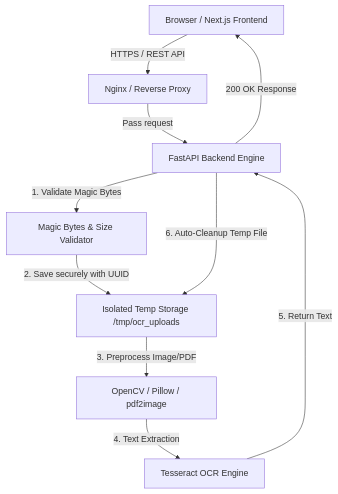
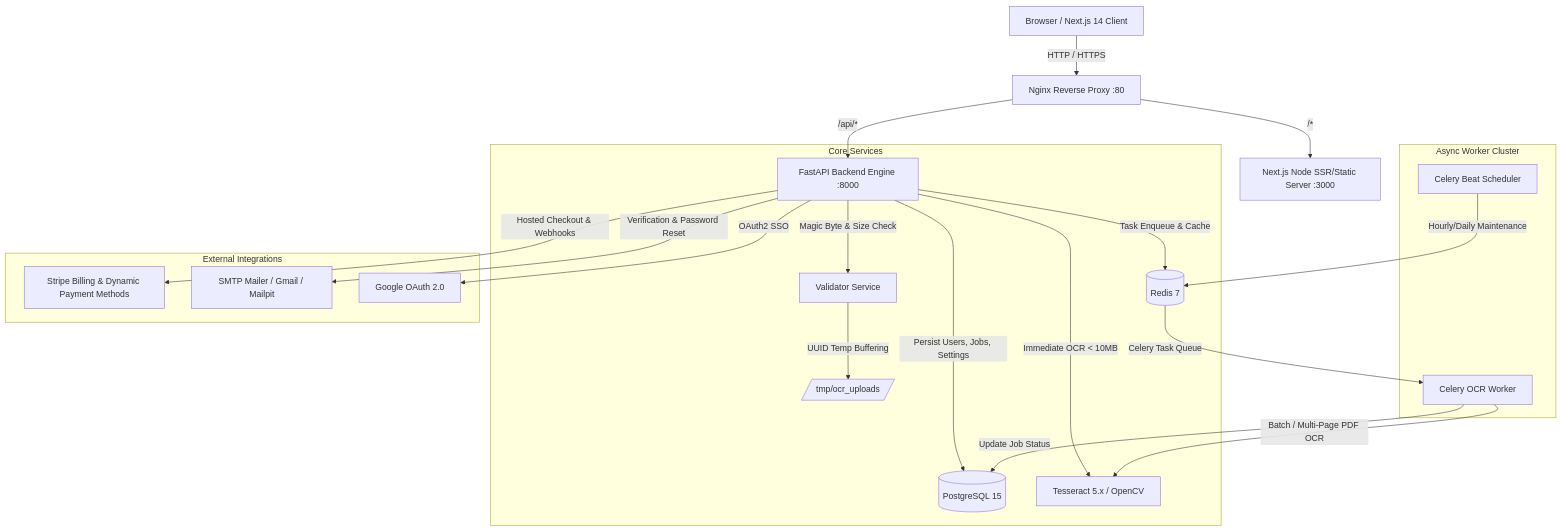
One commit to Munya-sya/ocr-saas changed the diagram in docs/architecture.md. Above: the diagram before and after it, drawn with Mermaid. The commit also changed other lines of this file and 109 other files, not shown here.

````diff
--- a/docs/architecture.md
+++ b/docs/architecture.md
@@ -7,12 +7,27 @@
 ```mermaid
 flowchart TD
-    Client[Browser / Next.js Frontend] -->|HTTPS / REST API| Proxy[Nginx / Reverse Proxy]
-    Proxy -->|Pass request| Backend[FastAPI Backend Engine]
-    Backend -->|1. Validate Magic Bytes| Validator[Magic Bytes & Size Validator]
-    Validator -->|2. Save securely with UUID| TempStorage[Isolated Temp Storage /tmp/ocr_uploads]
-    TempStorage -->|3. Preprocess Image/PDF| Processing[OpenCV / Pillow / pdf2image]
-    Processing -->|4. Text Extraction| Tesseract[Tesseract OCR Engine]
-    Tesseract -->|5. Return Text| Backend
-    Backend -->|6. Auto-Cleanup Temp File| TempStorage
-    Backend -->|200 OK Response| Client
+    Client[Browser / Next.js 14 Client] -->|HTTP / HTTPS| Proxy[Nginx Reverse Proxy :80]
+    Proxy -->|/api/*| Backend[FastAPI Backend Engine :8000]
+    Proxy -->|/*| Frontend[Next.js Node SSR/Static Server :3000]
+
+    subgraph Core Services
+        Backend -->|Persist Users, Jobs, Settings| DB[(PostgreSQL 15)]
+        Backend -->|Task Enqueue & Cache| Redis[(Redis 7)]
+        Backend -->|Magic Byte & Size Check| Validator[Validator Service]
+        Validator -->|UUID Temp Buffering| TempStorage[/tmp/ocr_uploads/]
+        Backend -->|Immediate OCR < 10MB| Tesseract[Tesseract 5.x / OpenCV]
+    end
+
+    subgraph Async Worker Cluster
+        Redis -->|Celery Task Queue| Worker[Celery OCR Worker]
+        Beat[Celery Beat Scheduler] -->|Hourly/Daily Maintenance| Redis
+        Worker -->|Batch / Multi-Page PDF OCR| Tesseract
+        Worker -->|Update Job Status| DB
+    end
+
+    subgraph External Integrations
+        Backend -->|Hosted Checkout & Webhooks| Stripe[Stripe Billing & Dynamic Payment Methods]
+        Backend -->|Verification & Password Reset| Mailer[SMTP Mailer / Gmail / Mailpit]
+        Backend -->|OAuth2 SSO| Google[Google OAuth 2.0]
+    end
 ```
````
